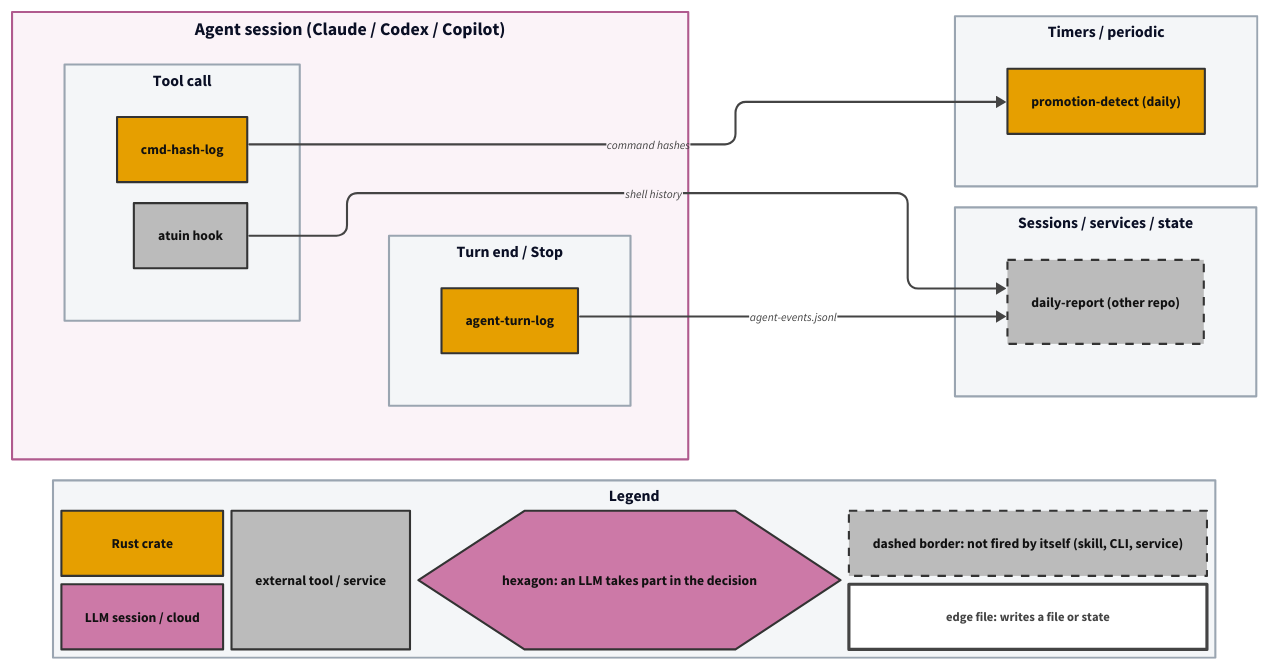
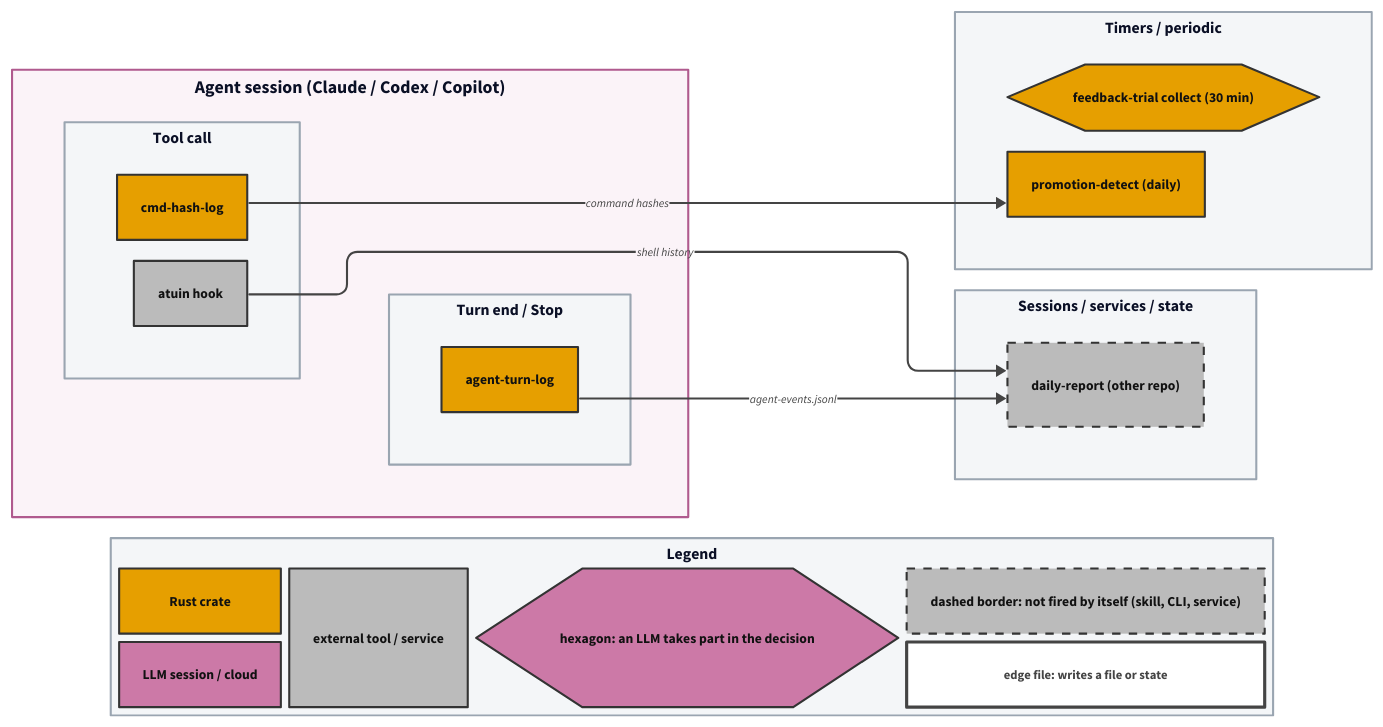
The diagram in docs/assets/pipeline-map/evidence.d2 (tarotene/dotfiles), drawn with D2 before and after one commit. The commit also changed 16 other files, not shown here.

Commit message:
fix(feedback-trial): collect observations outside normal conversations (#1127)

```diff
--- a/docs/assets/pipeline-map/evidence.d2
+++ b/docs/assets/pipeline-map/evidence.d2
@@ -190,6 +190,10 @@
 
 l_timer: "Timers / periodic" {
   class: lane
+  n_feedback_trial_collect: "feedback-trial collect (30 min)" {
+    class: s_rust
+    shape: hexagon
+  }
   n_promotion_detect: "promotion-detect (daily)" {
     class: s_rust
   }
```
